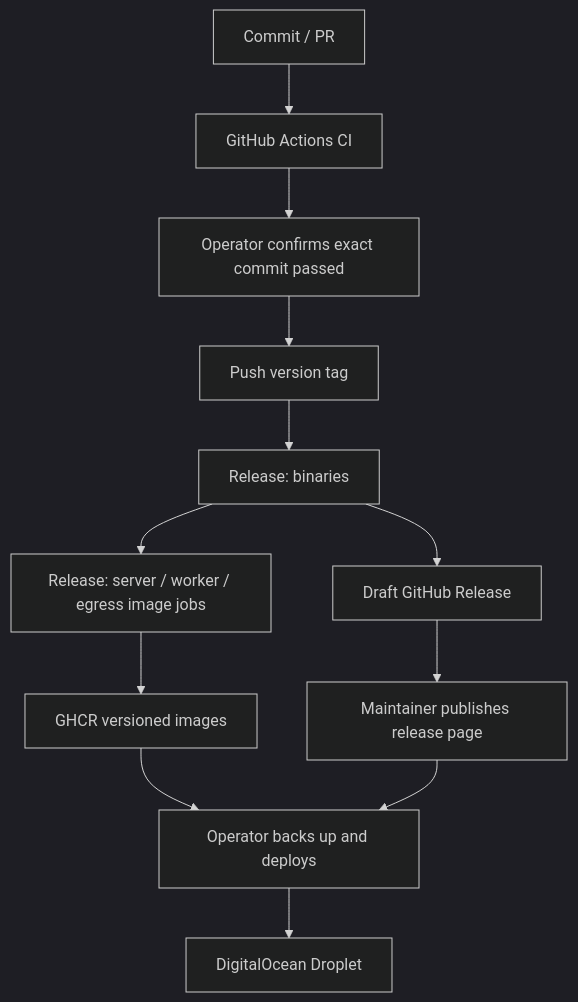
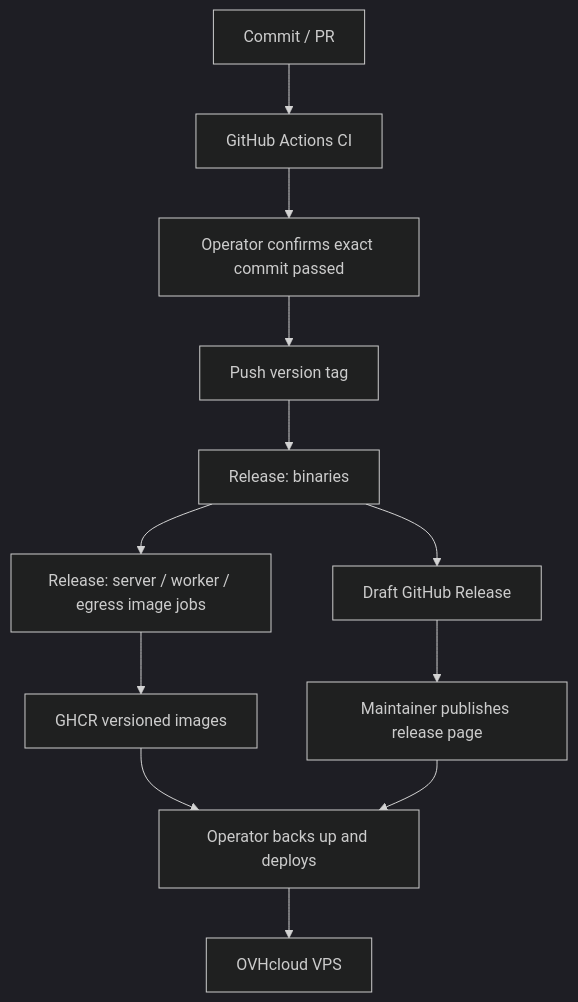
The diagram in technical-docs/cd-in-action.md (ajaykathwate/Previa), drawn with Mermaid (dark theme) before and after one commit. The commit also changed other lines of this file and 6 other files, not shown here.

````diff
--- a/technical-docs/cd-in-action.md
+++ b/technical-docs/cd-in-action.md
@@ -50,14 +51,14 @@
 ```mermaid
 flowchart TD
     Commit["Commit / PR"] --> CI["GitHub Actions CI"]
     CI --> Review["Operator confirms exact commit passed"]
     Review --> Tag["Push version tag"]
     Tag --> Binary["Release: binaries"]
     Binary --> Draft["Draft GitHub Release"]
     Binary --> Images["Release: server / worker / egress image jobs"]
     Images --> Registry["GHCR versioned images"]
     Draft --> Publish["Maintainer publishes release page"]
     Registry --> Deploy["Operator backs up and deploys"]
     Publish --> Deploy
-    Deploy --> Host["DigitalOcean Droplet"]
+    Deploy --> Host["OVHcloud VPS"]
 ```
````
